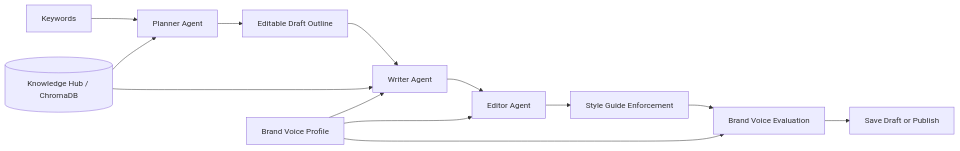
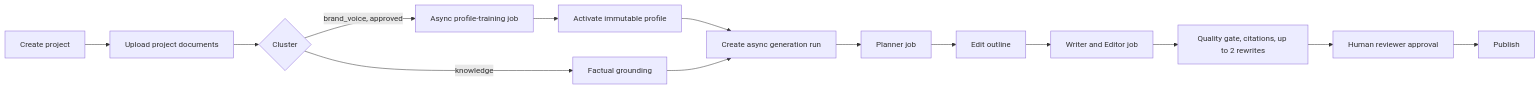
The first of 2 diagrams in README.md (thoaitrantlgt/Brand-Voice-RAG-Content-System), drawn with Mermaid before and after one commit. The commit also changed other lines of this file, not shown here.

Commit message:
docs: redesign project README

````diff
--- a/README.md
+++ b/README.md
@@ -27,16 +36,16 @@
 ```mermaid
 flowchart LR
-    A[Keywords] --> B[Planner Agent]
-    B --> C[Editable Draft Outline]
-    C --> D[Writer Agent]
-    D --> E[Editor Agent]
-    E --> F[Style Guide Enforcement]
-    F --> G[Brand Voice Evaluation]
-    G --> H[Save Draft or Publish]
-
-    R[(Knowledge Hub / ChromaDB)] --> B
-    R --> D
-    V[Brand Voice Profile] --> D
-    V --> E
-    V --> G
+    A[Create project] --> B[Upload project documents]
+    B --> C{Cluster}
+    C -->|knowledge| D[Factual grounding]
+    C -->|brand_voice, approved| E[Async profile-training job]
+    E --> F[Activate immutable profile]
+    F --> G[Create async generation run]
+    D --> G
+    G --> H[Planner job]
+    H --> I[Edit outline]
+    I --> J[Writer and Editor job]
+    J --> K[Quality gate, citations, up to 2 rewrites]
+    K --> L[Human reviewer approval]
+    L --> M[Publish]
 ```
````
